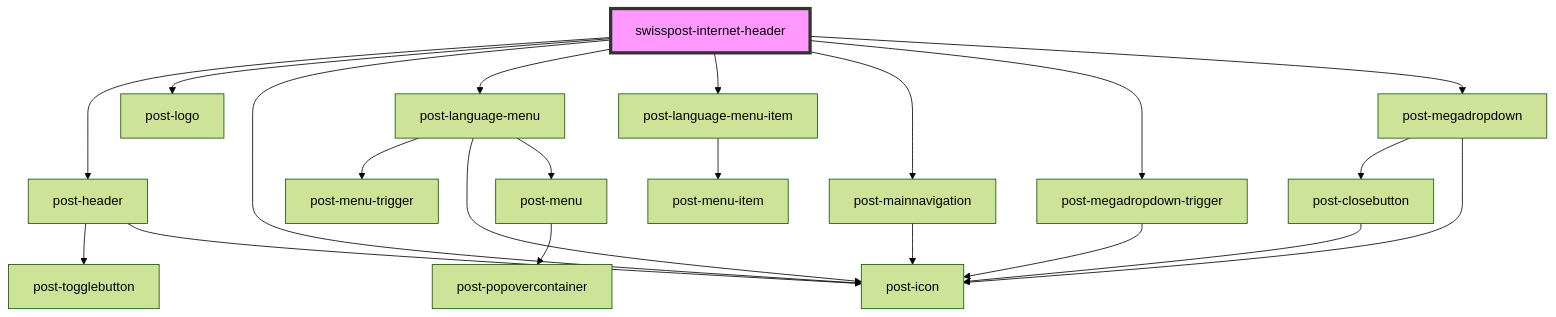
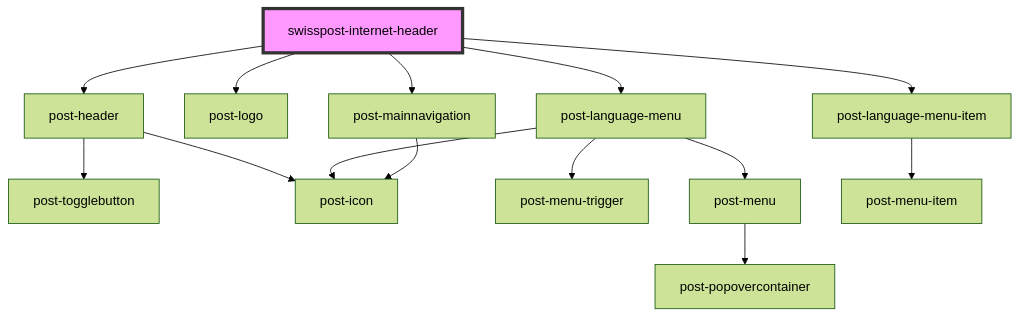
The diagram in packages/internet-header/src/components/post-internet-header/readme.md (swisspost/design-system), drawn with Mermaid (forest theme) before and after one commit. The commit also changed other lines of this file and 25 other files, not shown here.

First line of the commit message:
feat(internet-header): update header according to new config (#7470)

````diff
--- a/packages/internet-header/src/components/post-internet-header/readme.md
+++ b/packages/internet-header/src/components/post-internet-header/readme.md
@@ -38,24 +43,17 @@
 ```mermaid
 graph TD;
   swisspost-internet-header --> post-header
   swisspost-internet-header --> post-logo
-  swisspost-internet-header --> post-icon
   swisspost-internet-header --> post-language-menu
   swisspost-internet-header --> post-language-menu-item
   swisspost-internet-header --> post-mainnavigation
-  swisspost-internet-header --> post-megadropdown-trigger
-  swisspost-internet-header --> post-megadropdown
   post-header --> post-togglebutton
   post-header --> post-icon
   post-language-menu --> post-menu-trigger
   post-language-menu --> post-icon
   post-language-menu --> post-menu
   post-menu --> post-popovercontainer
   post-language-menu-item --> post-menu-item
   post-mainnavigation --> post-icon
-  post-megadropdown-trigger --> post-icon
-  post-megadropdown --> post-closebutton
-  post-megadropdown --> post-icon
-  post-closebutton --> post-icon
   style swisspost-internet-header fill:#f9f,stroke:#333,stroke-width:4px
 ```
````
